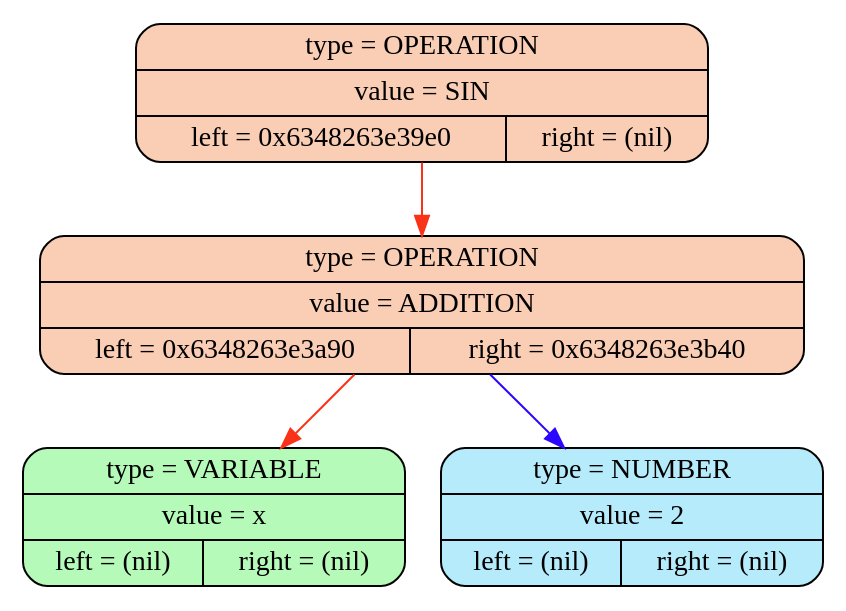
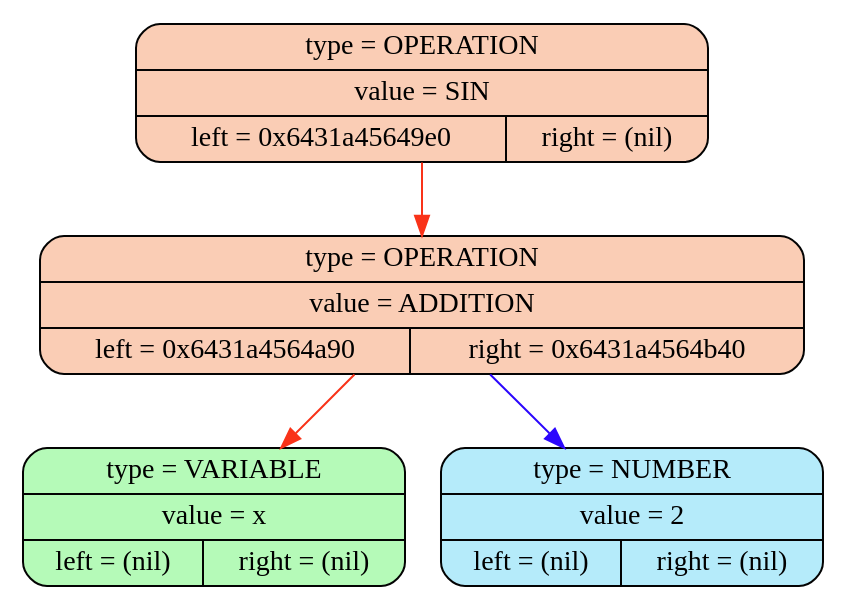
One commit to DianaNikitina/diff changed the diagram in differentiator/dot_files/expression.dot. Above: the diagram before and after it, drawn with Graphviz. The commit also changed 11 other files, not shown here.

```diff
--- a/differentiator/dot_files/expression.dot
+++ b/differentiator/dot_files/expression.dot
@@ -1,10 +1,10 @@
 digraph structs {
 rankdir=TB;
-109161530407216 [shape=Mrecord; style = filled; fillcolor = "#facdb5ff"; color = "#030303ff"; label="{type = OPERATION | value = SIN | {left = 0x6348263e39e0 | right = (nil)}}";]
-109161530407392 [shape=Mrecord; style = filled; fillcolor = "#facdb5ff"; color = "#030303ff"; label="{type = OPERATION | value = ADDITION | {left = 0x6348263e3a90 | right = 0x6348263e3b40}}";]
-109161530407568 [shape=Mrecord; style = filled; fillcolor = "#b5fab8ff"; color = "#030303ff"; label="{type = VARIABLE | value = x | {left = (nil) | right = (nil)}}";]
-109161530407744 [shape=Mrecord; style = filled; fillcolor = "#b5ebfaff"; color = "#030303ff"; label="{type = NUMBER | value = 2 | {left = (nil) | right = (nil)}}";]
-109161530407216->109161530407392[color = "#f93319ff"]
-109161530407392->109161530407568[color = "#f93319ff"]
-109161530407392->109161530407744[color = "#2c07fdff"]
+110164373293360 [shape=Mrecord; style = filled; fillcolor = "#facdb5ff"; color = "#030303ff"; label="{type = OPERATION | value = SIN | {left = 0x6431a45649e0 | right = (nil)}}";]
+110164373293536 [shape=Mrecord; style = filled; fillcolor = "#facdb5ff"; color = "#030303ff"; label="{type = OPERATION | value = ADDITION | {left = 0x6431a4564a90 | right = 0x6431a4564b40}}";]
+110164373293712 [shape=Mrecord; style = filled; fillcolor = "#b5fab8ff"; color = "#030303ff"; label="{type = VARIABLE | value = x | {left = (nil) | right = (nil)}}";]
+110164373293888 [shape=Mrecord; style = filled; fillcolor = "#b5ebfaff"; color = "#030303ff"; label="{type = NUMBER | value = 2 | {left = (nil) | right = (nil)}}";]
+110164373293360->110164373293536[color = "#f93319ff"]
+110164373293536->110164373293712[color = "#f93319ff"]
+110164373293536->110164373293888[color = "#2c07fdff"]
 }
```
